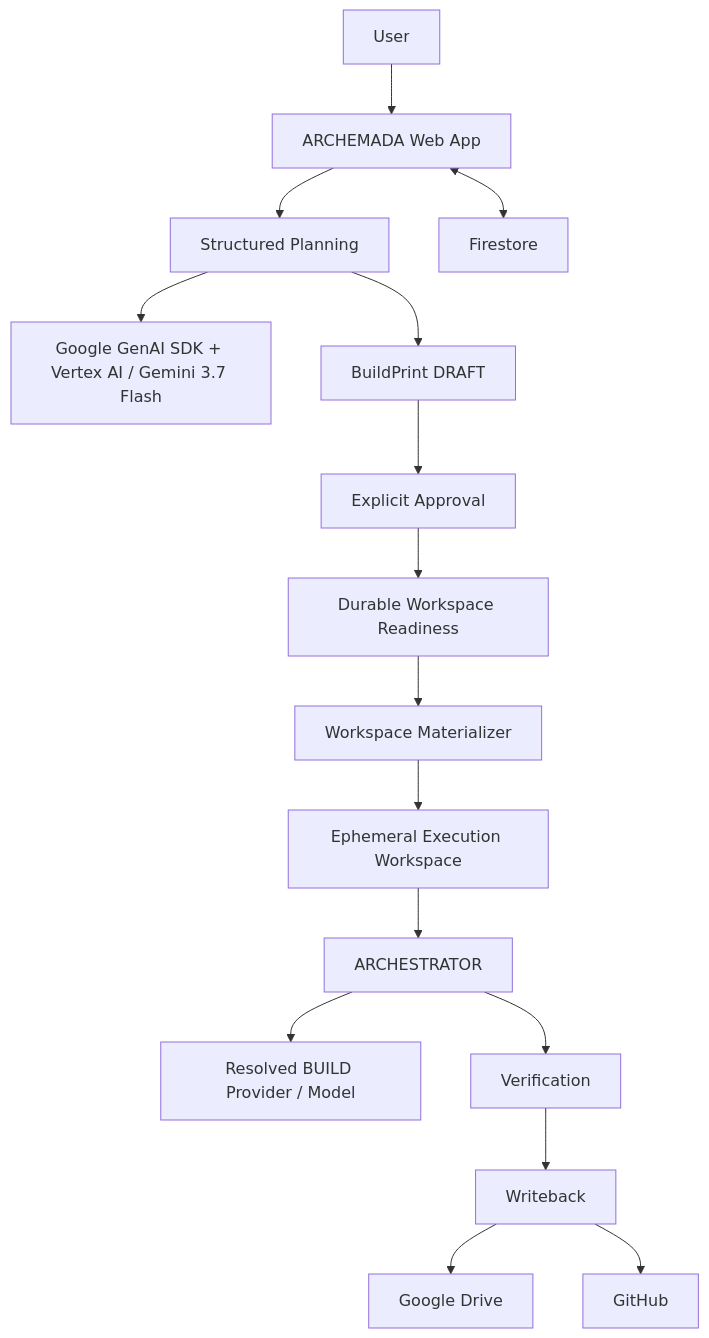
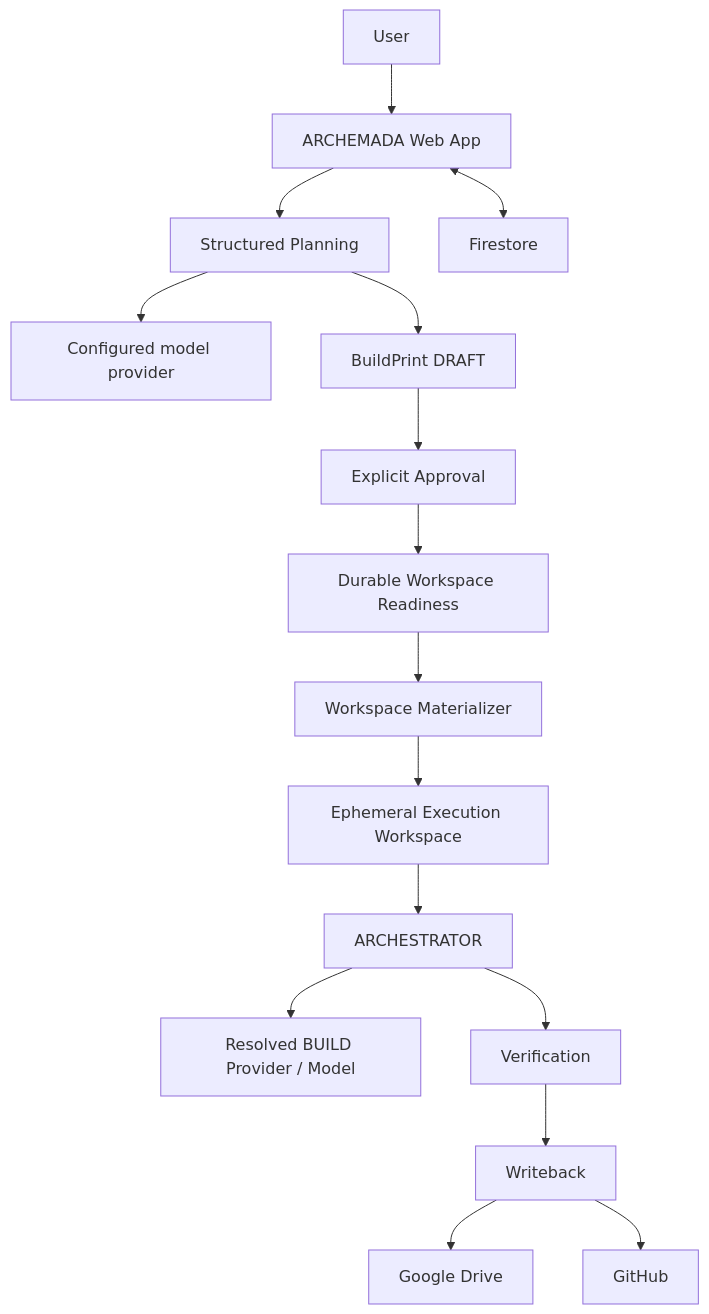
The diagram in docs/ARCHITECTURE.md (ArchePersona/ARCHEMADA-info), drawn with Mermaid before and after one commit. The commit also changed other lines of this file and 2 other files, not shown here.

Commit message:
Make public docs provider-agnostic: no model provider names

````diff
--- a/docs/ARCHITECTURE.md
+++ b/docs/ARCHITECTURE.md
@@ -13,18 +13,18 @@
 ```mermaid
 flowchart TD
     U[User] --> UI[ARCHEMADA Web App]
     UI --> PLAN[Structured Planning]
-    PLAN --> VERTEX[Google GenAI SDK + Vertex AI / Gemini 3.7 Flash]
+    PLAN --> PROVIDER[Configured model provider]
     PLAN --> BP[BuildPrint DRAFT]
     BP --> APPROVE[Explicit Approval]
     APPROVE --> READY[Durable Workspace Readiness]
     READY --> MAT[Workspace Materializer]
     MAT --> EXEC[Ephemeral Execution Workspace]
     EXEC --> AR[ARCHESTRATOR]
     AR --> BUILD[Resolved BUILD Provider / Model]
     AR --> VERIFY[Verification]
     VERIFY --> WB[Writeback]
     WB --> DRIVE[Google Drive]
     WB --> GH[GitHub]
     UI <--> FS[Firestore]
 ```
````
